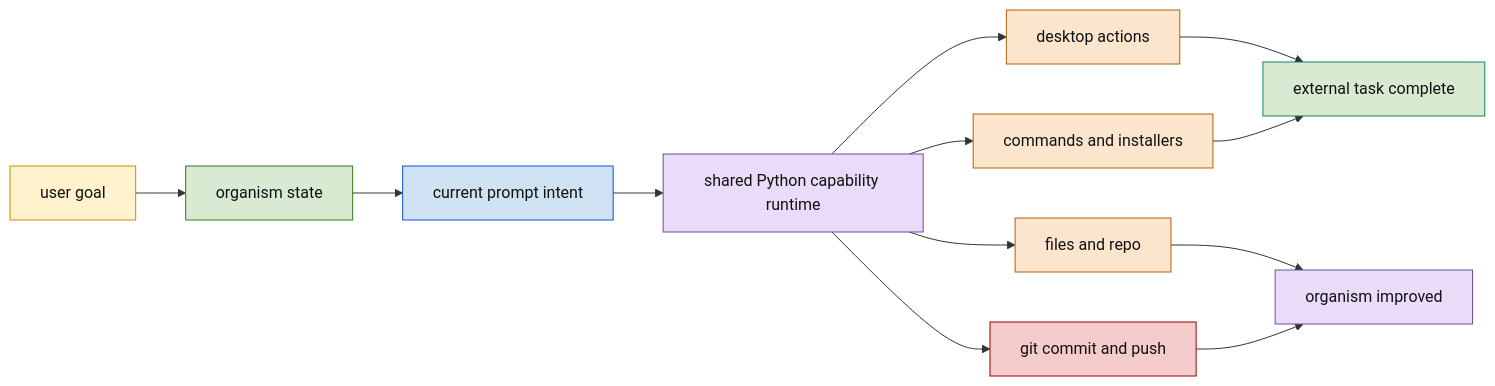
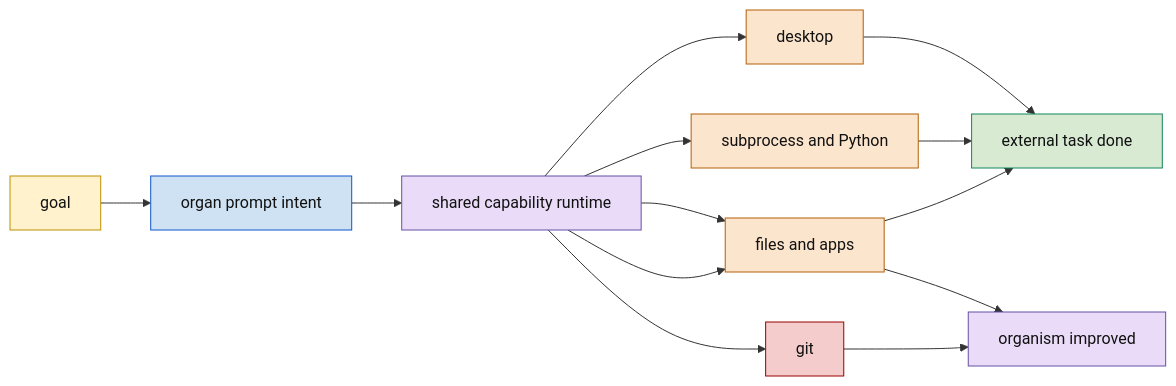
One commit to wgabrys88/endgame-ai changed the third of 4 diagrams in README.md. Above: the diagram before and after it, drawn with Mermaid. The commit also changed other lines of this file, not shown here.

````diff
--- a/README.md
+++ b/README.md
@@ -251,28 +305,27 @@
 ```mermaid
 flowchart LR
-    GOAL["user goal"]:::goal
-    STATE["organism state"]:::state
-    PROMPT["current prompt intent"]:::brain
-    RT["shared Python capability runtime"]:::runtime
-    DESK["desktop actions"]:::body
-    CMD["commands and installers"]:::body
-    FILES["files and repo"]:::body
-    GIT["git commit and push"]:::git
-    WORLD["external task complete"]:::done
+    GOAL["goal"]:::goal
+    PROMPT["organ prompt intent"]:::brain
+    RT["shared capability runtime"]:::runtime
+    DESKTOP["desktop"]:::body
+    SHELL["subprocess and Python"]:::body
+    FILES["files and apps"]:::body
+    GIT["git"]:::git
+    WORLD["external task done"]:::done
     SELF["organism improved"]:::evolve
 
-    GOAL --> STATE --> PROMPT --> RT
-    RT --> DESK --> WORLD
-    RT --> CMD --> WORLD
+    GOAL --> PROMPT --> RT
+    RT --> DESKTOP --> WORLD
+    RT --> SHELL --> WORLD
+    RT --> FILES --> WORLD
     RT --> FILES --> SELF
     RT --> GIT --> SELF
 
     classDef goal fill:#fff2cc,stroke:#bf9000,color:#111;
-    classDef state fill:#d9ead3,stroke:#38761d,color:#111;
     classDef brain fill:#cfe2f3,stroke:#1155cc,color:#111;
     classDef runtime fill:#eadcf8,stroke:#674ea7,color:#111;
     classDef body fill:#fce5cd,stroke:#b45f06,color:#111;
     classDef git fill:#f4cccc,stroke:#990000,color:#111;
     classDef done fill:#d9ead3,stroke:#11855a,color:#111;
     classDef evolve fill:#eadcf8,stroke:#674ea7,color:#111;
 ```
````
